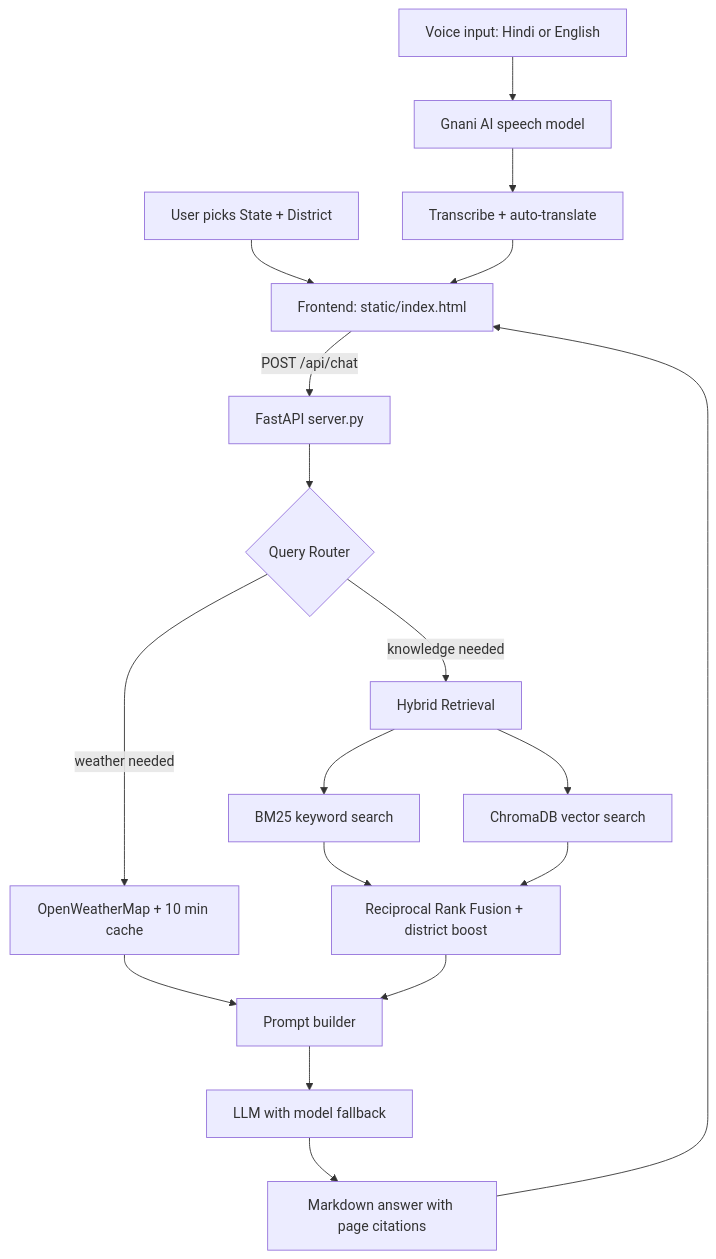
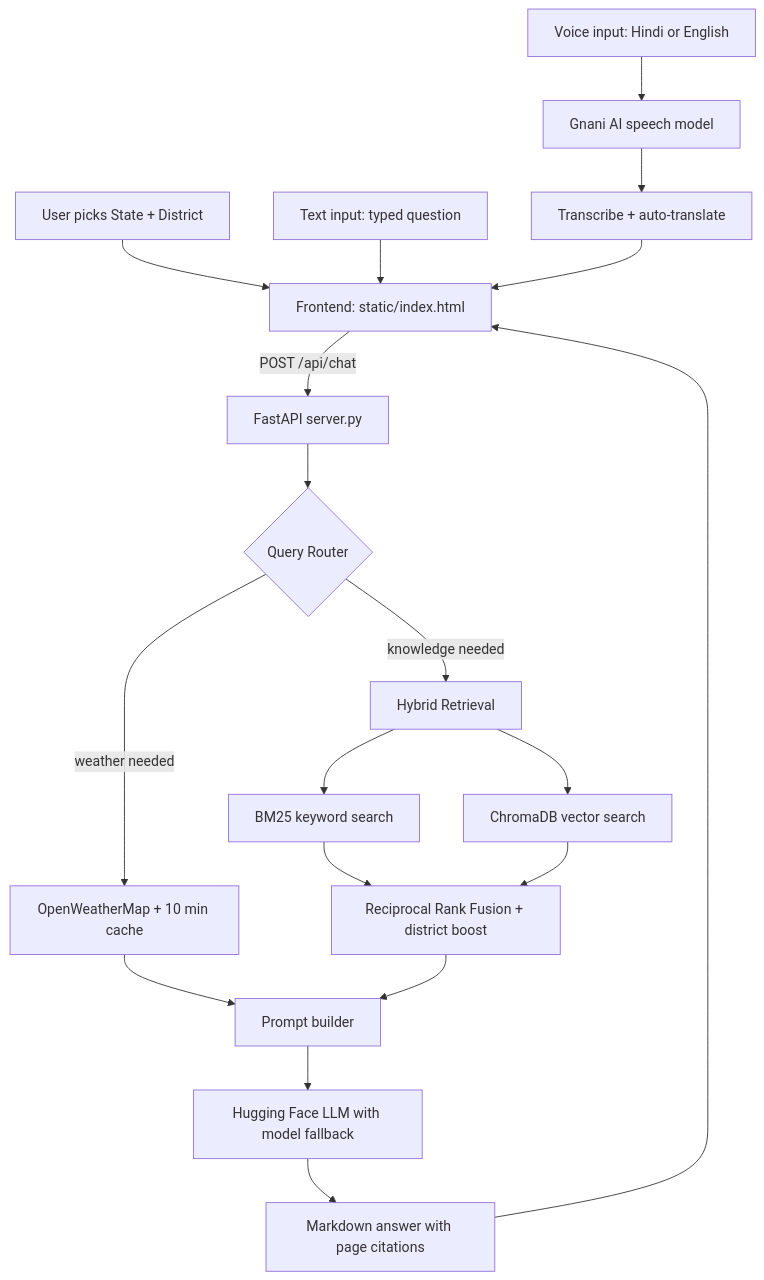
Before and after one commit to Kxbir31/AgroSense: the diagram in README.md, drawn with Mermaid.

````diff
--- a/README.md
+++ b/README.md
@@ -34,20 +34,21 @@
 ```mermaid
 flowchart TD
     A[User picks State + District] --> B[Frontend: static/index.html]
+    X[Text input: typed question] --> B
     V[Voice input: Hindi or English] --> G1[Gnani AI speech model]
     G1 --> T[Transcribe + auto-translate]
     T --> B
     B -->|POST /api/chat| C[FastAPI server.py]
     C --> D{Query Router}
     D -->|weather needed| E[OpenWeatherMap + 10 min cache]
     D -->|knowledge needed| F[Hybrid Retrieval]
     F --> F1[BM25 keyword search]
     F --> F2[ChromaDB vector search]
     F1 --> G[Reciprocal Rank Fusion + district boost]
     F2 --> G
     E --> H[Prompt builder]
     G --> H
-    H --> I[LLM with model fallback]
+    H --> I[Hugging Face LLM with model fallback]
     I --> J[Markdown answer with page citations]
     J --> B
 ```
````
